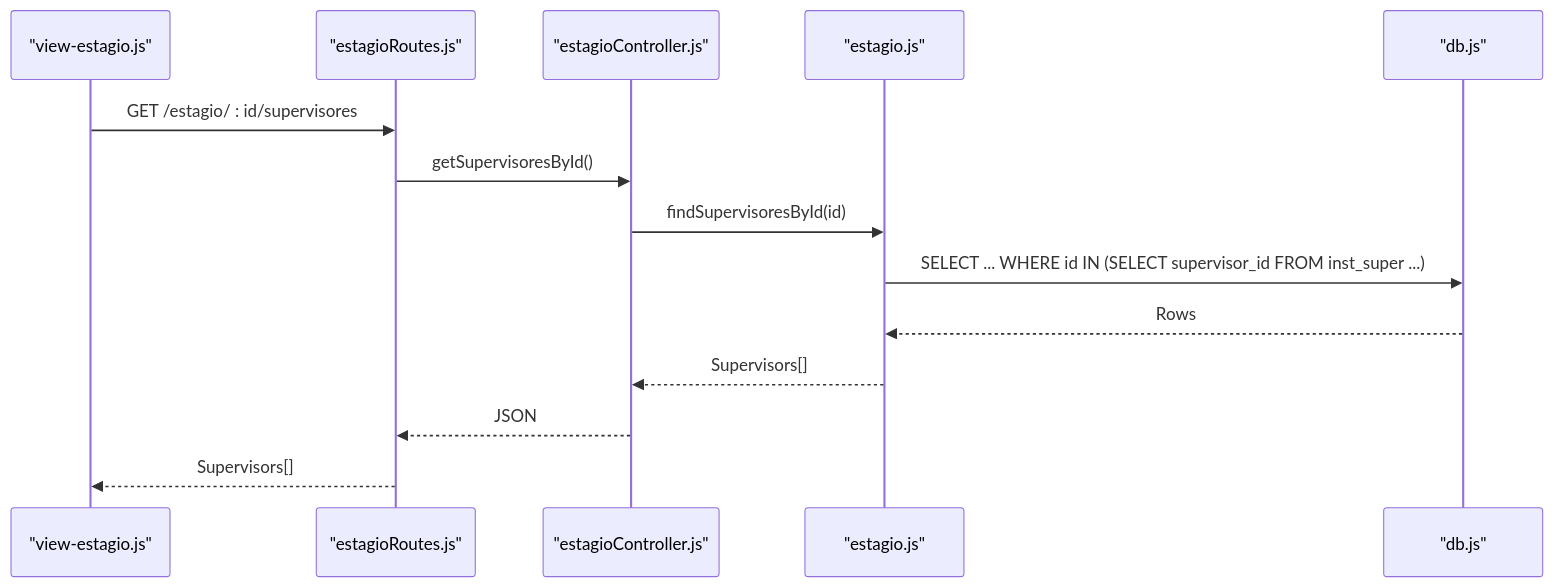
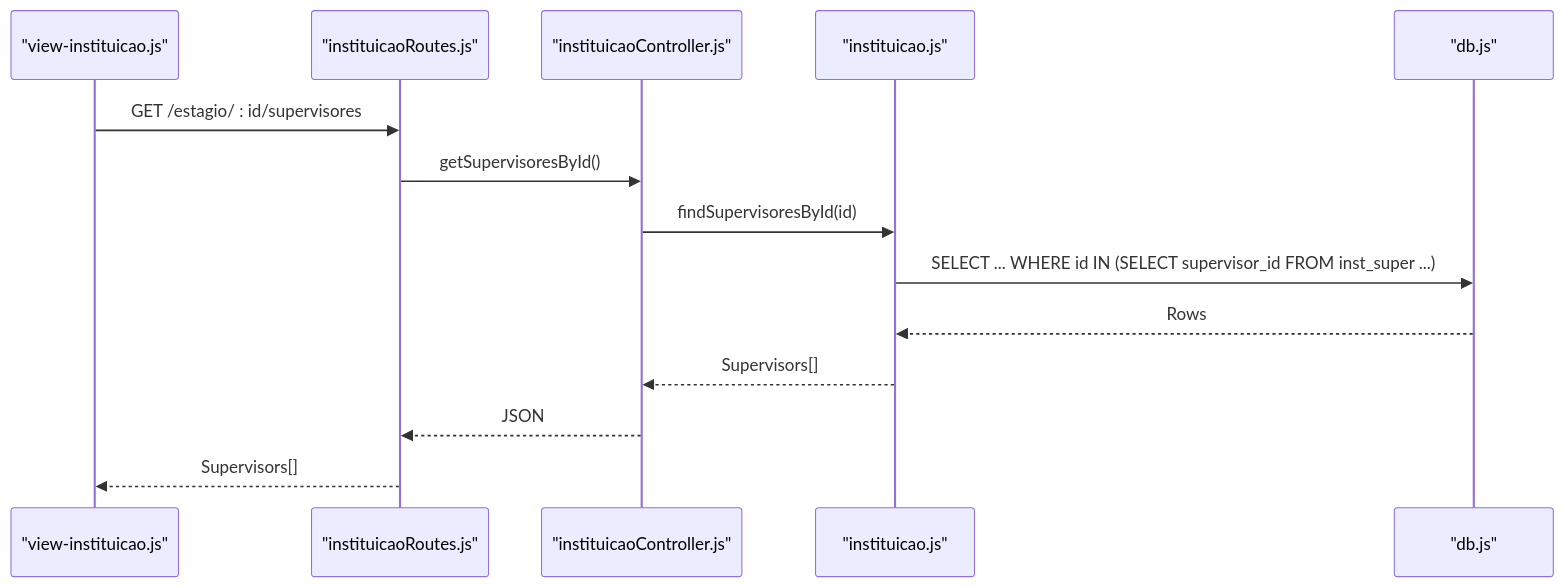
The fourth of 8 diagrams in .qoder/repowiki/en/content/Core Features Implementation/Internship Management.md (luiseduacosta/nodemural), drawn with Mermaid before and after one commit. The commit also changed other lines of this file and 25 other files, not shown here.

````diff
--- a/.qoder/repowiki/en/content/Core Features Implementation/Internship Management.md
+++ b/.qoder/repowiki/en/content/Core Features Implementation/Internship Management.md
@@ -241,16 +241,16 @@
 ```mermaid
 sequenceDiagram
-participant FE_View as "view-estagio.js"
-participant Router as "estagioRoutes.js"
-participant Ctrl as "estagioController.js"
-participant Model as "estagio.js"
+participant FE_View as "view-instituicao.js"
+participant Router as "instituicaoRoutes.js"
+participant Ctrl as "instituicaoController.js"
+participant Model as "instituicao.js"
 participant DB as "db.js"
 FE_View->>Router : GET /estagio/ : id/supervisores
 Router->>Ctrl : getSupervisoresById()
 Ctrl->>Model : findSupervisoresById(id)
 Model->>DB : SELECT ... WHERE id IN (SELECT supervisor_id FROM inst_super ...)
 DB-->>Model : Rows
 Model-->>Ctrl : Supervisors[]
 Ctrl-->>Router : JSON
 Router-->>FE_View : Supervisors[]
 ```
````
